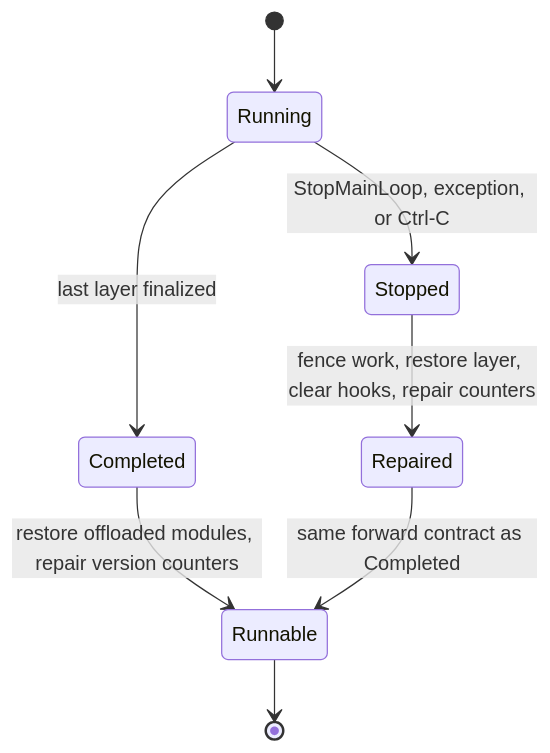
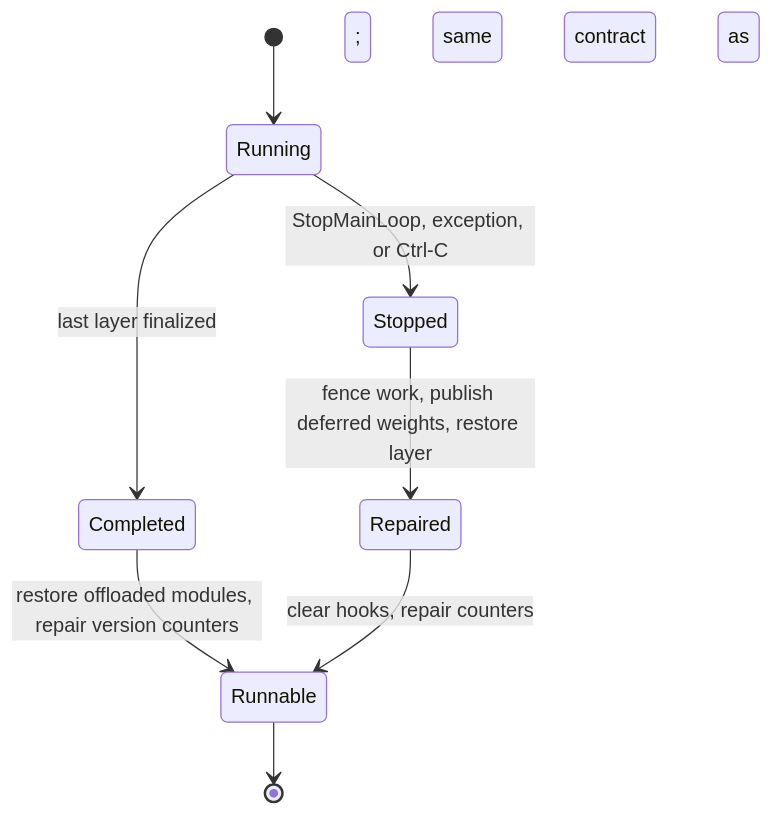
One commit to ModelCloud/GPTQModel changed the first of 3 diagrams in docs/cancelled-run-contract.md. Above: the diagram before and after it, drawn with Mermaid. The commit also changed other lines of this file and 5 other files, not shown here.

First line of the commit message:
fix(exl3): publish deferred runtime weights when a run exits early (#5083)

````diff
--- a/docs/cancelled-run-contract.md
+++ b/docs/cancelled-run-contract.md
@@ -14,10 +14,10 @@
 ```mermaid
 stateDiagram-v2
     [*] --> Running
     Running --> Completed: last layer finalized
     Running --> Stopped: StopMainLoop, exception, or Ctrl-C
     Completed --> Runnable: restore offloaded modules, repair version counters
-    Stopped --> Repaired: fence work, restore layer, clear hooks, repair counters
-    Repaired --> Runnable: same forward contract as Completed
+    Stopped --> Repaired: fence work, publish deferred weights, restore layer
+    Repaired --> Runnable: clear hooks, repair counters; same contract as Completed
     Runnable --> [*]
 ```
````
